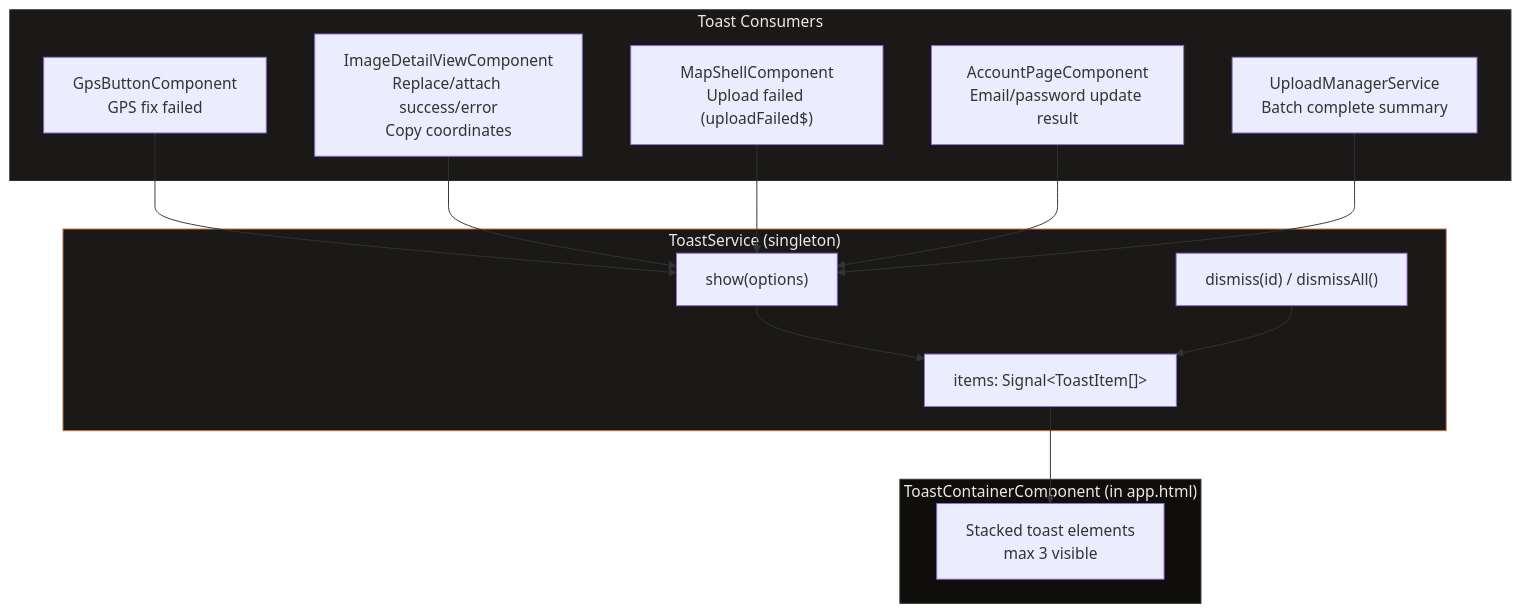
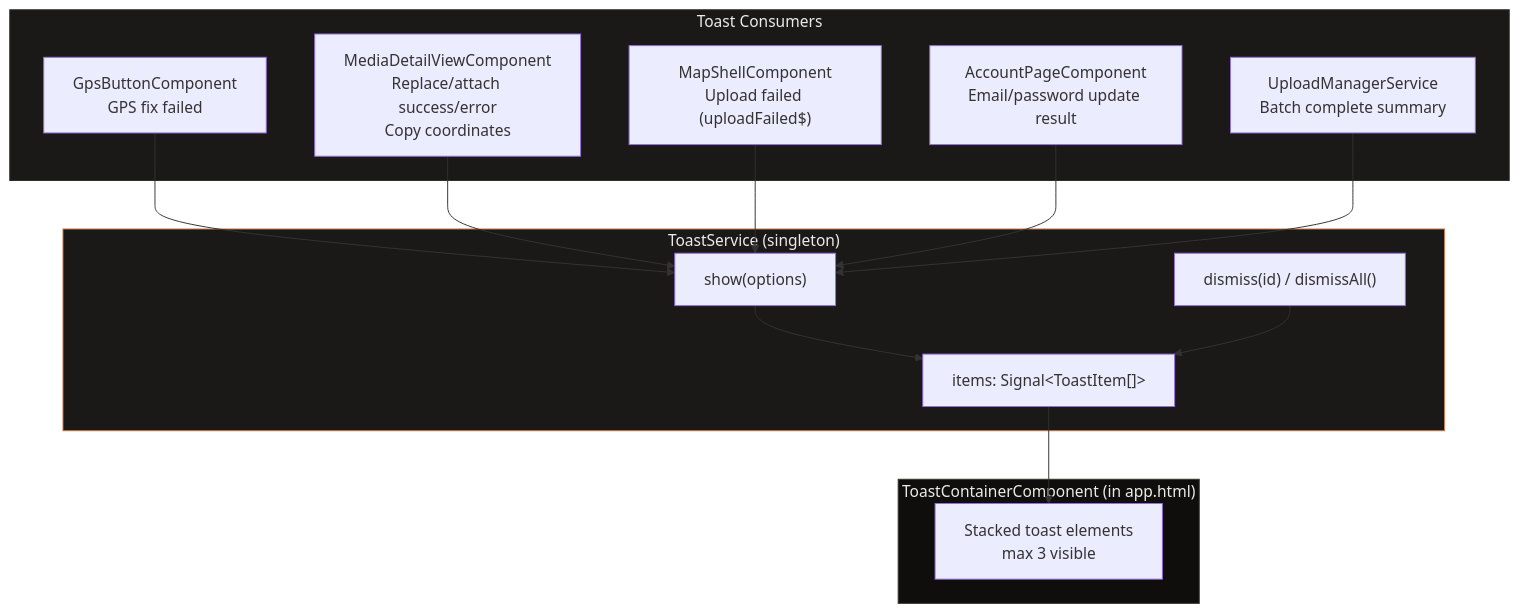
Before and after one commit to matkleve/feldpost: the second of 4 diagrams in docs/element-specs/toast-system.md, drawn with Mermaid. The commit also changed other lines of this file and 54 other files, not shown here.

First line of the commit message:
feat: add media detail view components and specifications

````diff
--- a/docs/element-specs/toast-system.md
+++ b/docs/element-specs/toast-system.md
@@ -90,34 +90,34 @@
 ```mermaid
 graph TB
     subgraph Consumers["Toast Consumers"]
         GPS["GpsButtonComponent<br/>GPS fix failed"]
-        IDV["ImageDetailViewComponent<br/>Replace/attach success/error<br/>Copy coordinates"]
+        IDV["MediaDetailViewComponent<br/>Replace/attach success/error<br/>Copy coordinates"]
         MS["MapShellComponent<br/>Upload failed (uploadFailed$)"]
         AP["AccountPageComponent<br/>Email/password update result"]
         UMS["UploadManagerService<br/>Batch complete summary"]
     end
 
     subgraph Toast["ToastService (singleton)"]
         Show["show(options)"]
         Items["items: Signal&lt;ToastItem[]&gt;"]
         Dismiss["dismiss(id) / dismissAll()"]
     end
 
     subgraph Render["ToastContainerComponent (in app.html)"]
         Stack["Stacked toast elements<br/>max 3 visible"]
     end
 
     GPS --> Show
     IDV --> Show
     MS --> Show
     AP --> Show
     UMS --> Show
 
     Show --> Items
     Items --> Stack
     Dismiss --> Items
 
     style Toast fill:#1a1917,stroke:#CC7A4A,color:#EDEBE7
     style Consumers fill:#1a1917,stroke:#2E2B27,color:#EDEBE7
     style Render fill:#0F0E0C,stroke:#3D3830,color:#EDEBE7
 ```
````
